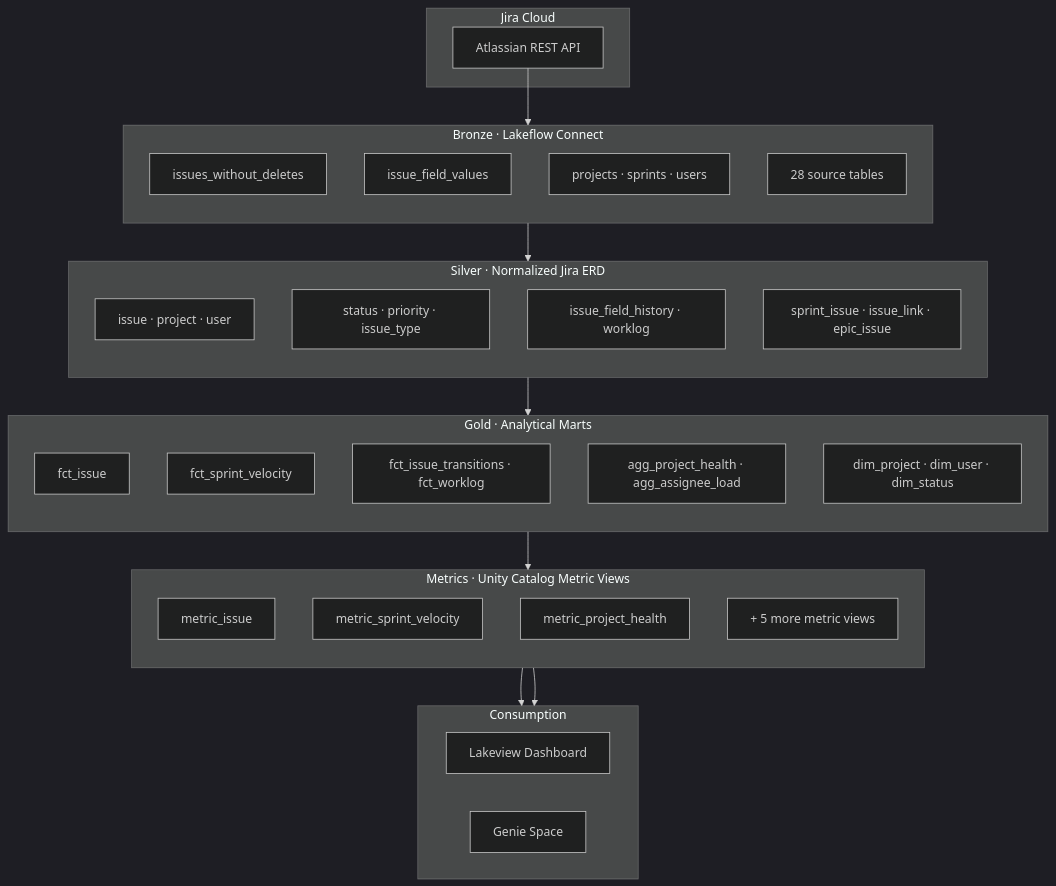
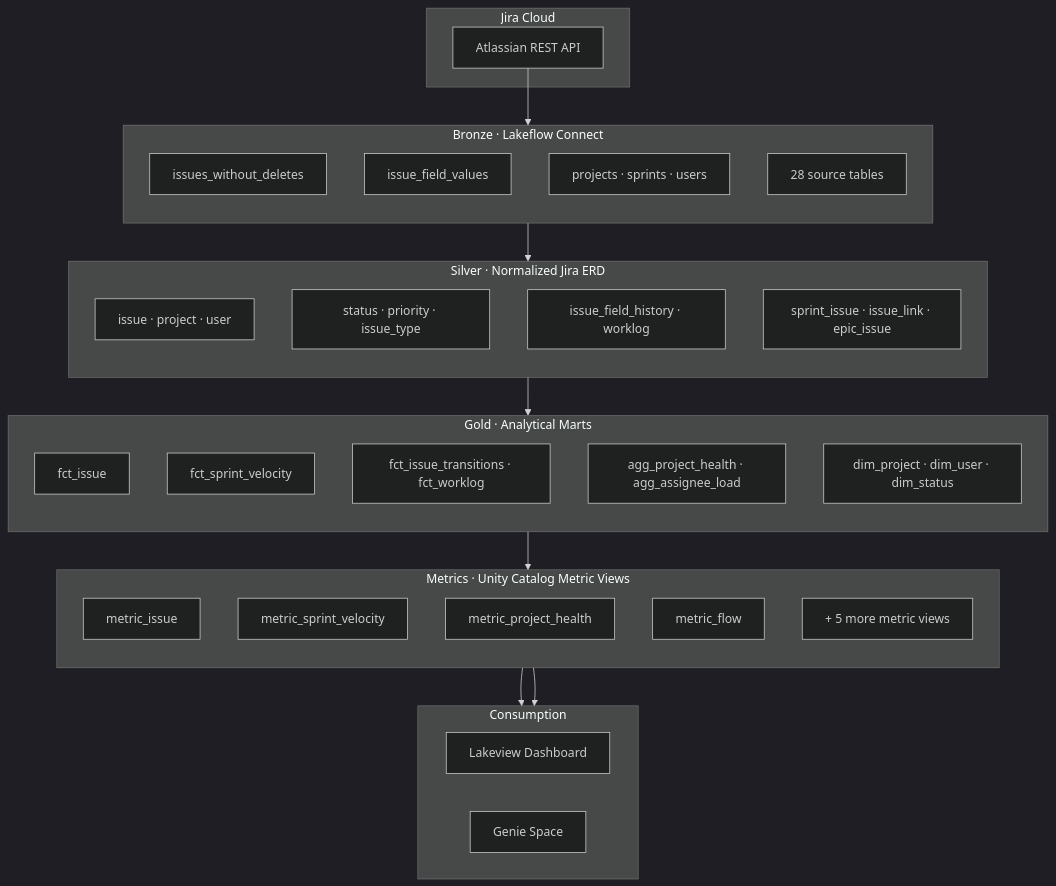
The diagram in docs/diagrams/jira_data_model_overview.mmd (DB-RKL/jira-genie), drawn with Mermaid (dark theme) before and after one commit. The commit also changed 46 other files, not shown here.

```diff
--- a/docs/diagrams/jira_data_model_overview.mmd
+++ b/docs/diagrams/jira_data_model_overview.mmd
@@ -1,50 +1,51 @@
 flowchart TB
   subgraph source [Jira Cloud]
     JiraAPI[Atlassian REST API]
   end
 
   subgraph bronze [Bronze · Lakeflow Connect]
     direction TB
     B1[issues_without_deletes]
     B2[issue_field_values]
     B3[projects · sprints · users]
     B4[28 source tables]
   end
 
   subgraph silver [Silver · Normalized Jira ERD]
     direction TB
     S1[issue · project · user]
     S2[status · priority · issue_type]
     S3[issue_field_history · worklog]
     S4[sprint_issue · issue_link · epic_issue]
   end
 
   subgraph gold [Gold · Analytical Marts]
     direction TB
     G1[fct_issue]
     G2[fct_sprint_velocity]
     G3[fct_issue_transitions · fct_worklog]
     G4[agg_project_health · agg_assignee_load]
     G5[dim_project · dim_user · dim_status]
   end
 
   subgraph metrics [Metrics · Unity Catalog Metric Views]
     direction TB
     M1[metric_issue]
     M2[metric_sprint_velocity]
     M3[metric_project_health]
-    M4[+ 5 more metric views]
+    M4[metric_flow]
+    M5[+ 5 more metric views]
   end
 
   subgraph consume [Consumption]
     direction LR
     C1[Lakeview Dashboard]
     C2[Genie Space]
   end
 
   JiraAPI --> bronze
   bronze --> silver
   silver --> gold
   gold --> metrics
   metrics --> C1
   metrics --> C2
```
